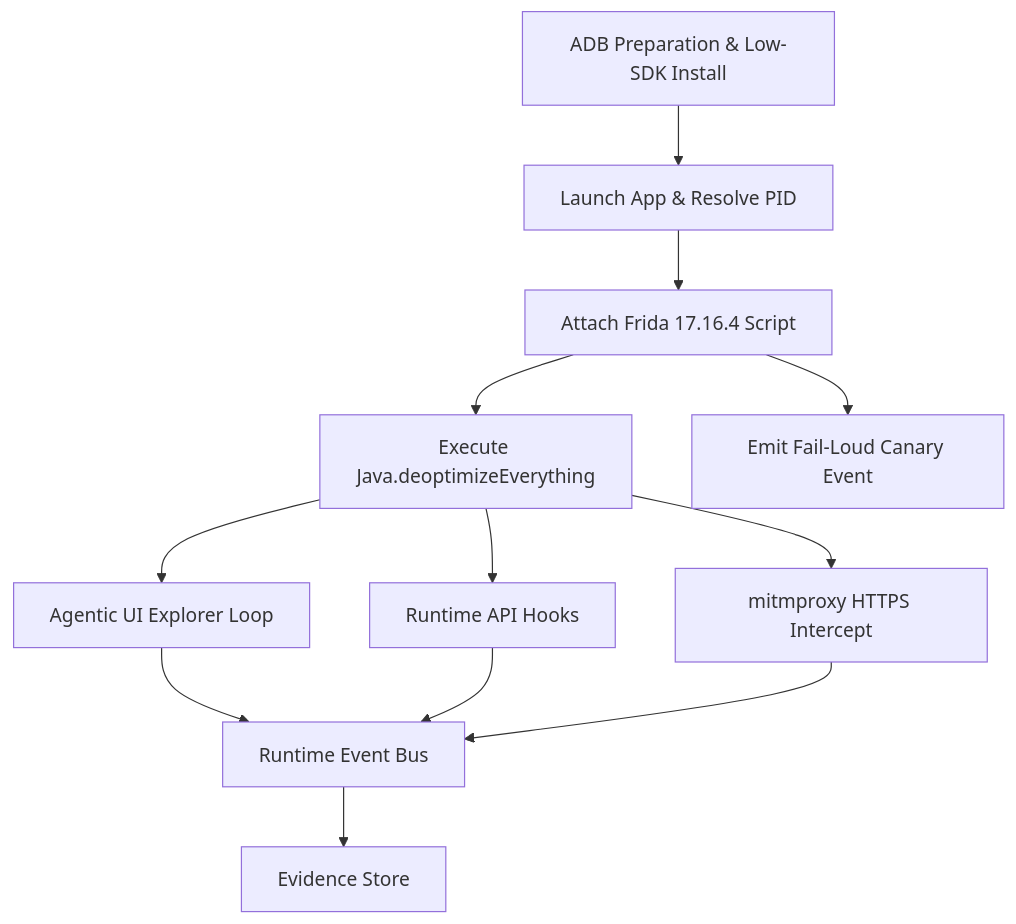
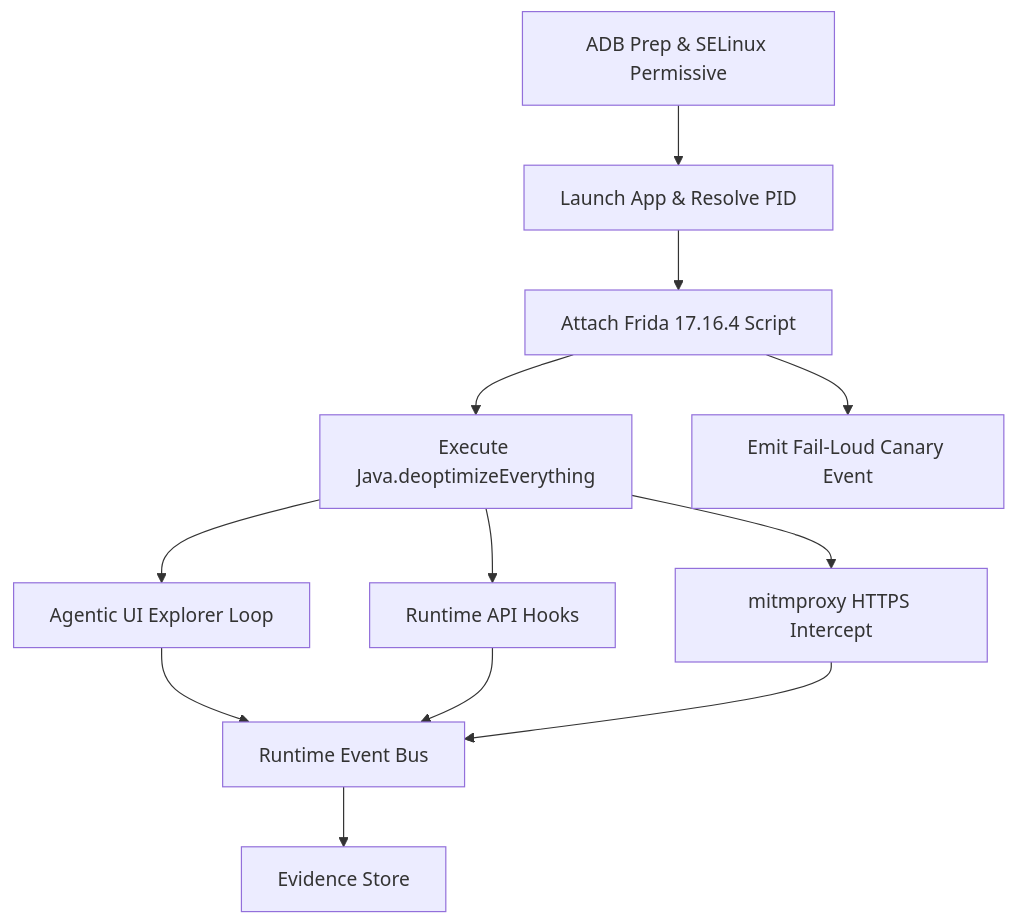
The third of 3 diagrams in docs/ARCHITECTURE.md (SanTiwari07/Sudarshan), drawn with Mermaid before and after one commit. The commit also changed other lines of this file and 39 other files, not shown here.

````diff
--- a/docs/ARCHITECTURE.md
+++ b/docs/ARCHITECTURE.md
@@ -206,17 +206,17 @@
 ```mermaid
 graph TD
-    PREP[ADB Preparation & Low-SDK Install] --> LAUNCH[Launch App & Resolve PID]
+    PREP[ADB Prep & SELinux Permissive] --> LAUNCH[Launch App & Resolve PID]
     LAUNCH --> FRIDA[Attach Frida 17.16.4 Script]
     FRIDA --> DEOPT[Execute Java.deoptimizeEverything]
     FRIDA --> CANARY[Emit Fail-Loud Canary Event]
     
     DEOPT --> EXPLORE[Agentic UI Explorer Loop]
     DEOPT --> HOOKS[Runtime API Hooks]
     DEOPT --> PROXY[mitmproxy HTTPS Intercept]
 
     EXPLORE --> BUS[Runtime Event Bus]
     HOOKS --> BUS
     PROXY --> BUS
 
     BUS --> STORE[Evidence Store]
 ```
````
